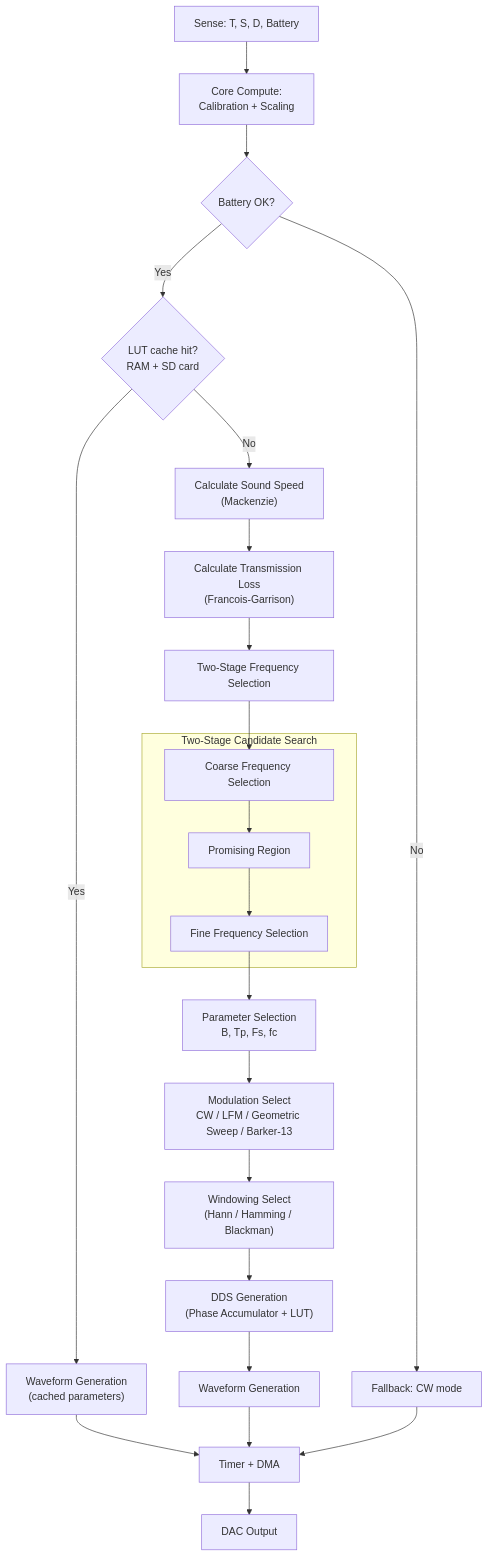
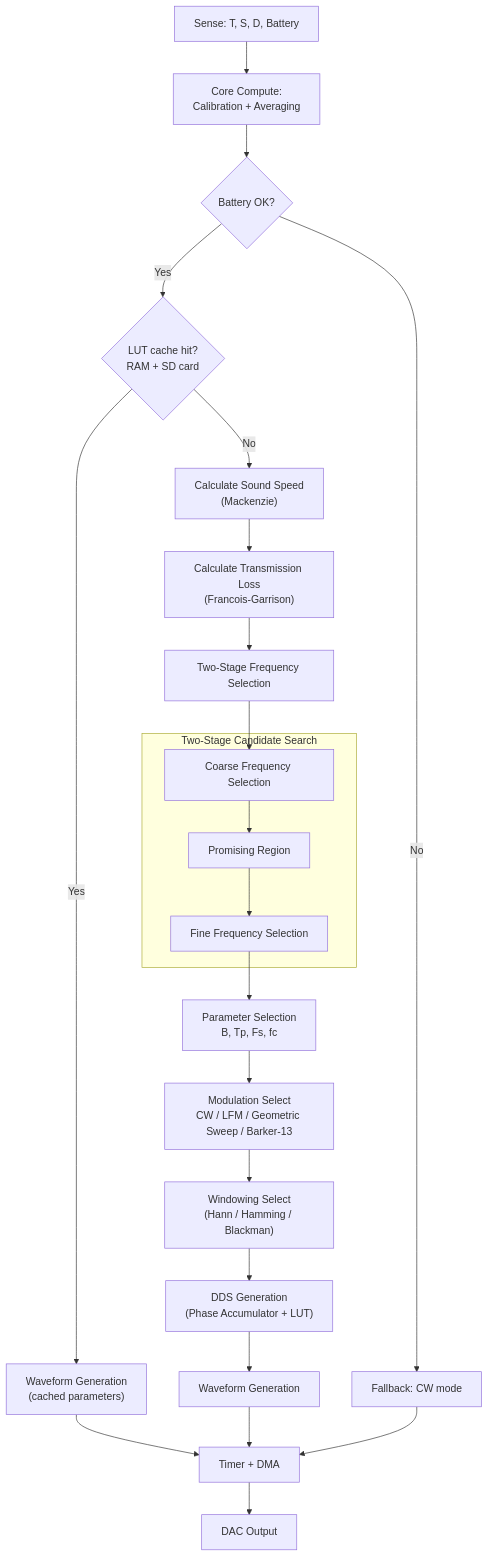
The diagram in README.md (fknight-coder/SNR), drawn with Mermaid before and after one commit. The commit also changed other lines of this file, not shown here.

````diff
--- a/README.md
+++ b/README.md
@@ -48,28 +60,28 @@
 ```mermaid
 flowchart TD
-    A["Sense: T, S, D, Battery"] --> B["Core Compute:<br/>Calibration + Scaling"]
+    A["Sense: T, S, D, Battery"] --> B["Core Compute:<br/>Calibration + Averaging"]
     B --> C{Battery OK?}
     C -- No --> D["Fallback: CW mode"]
     C -- Yes --> E{LUT cache hit?<br/>RAM + SD card}
 
     E -- Yes --> F["Waveform Generation<br/>(cached parameters)"]
     E -- No --> G["Calculate Sound Speed<br/>(Mackenzie)"]
     G --> H["Calculate Transmission Loss<br/>(Francois-Garrison)"]
     H --> I["Two-Stage Frequency Selection"]
 
     subgraph TS["Two-Stage Candidate Search"]
         I1["Coarse Frequency Selection"] --> I2["Promising Region"]
         I2 --> I3["Fine Frequency Selection"]
     end
     I --> I1
     I3 --> J["Parameter Selection<br/>B, Tp, Fs, fc"]
     J --> K["Modulation Select<br/>CW / LFM / Geometric Sweep / Barker-13"]
     K --> L["Windowing Select<br/>(Hann / Hamming / Blackman)"]
     L --> M["DDS Generation<br/>(Phase Accumulator + LUT)"]
     M --> N["Waveform Generation"]
 
     F --> O["Timer + DMA"]
     N --> O
     D --> O
     O --> P["DAC Output"]
 ```
````
